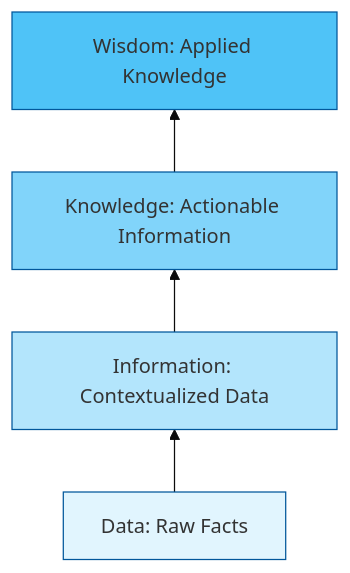
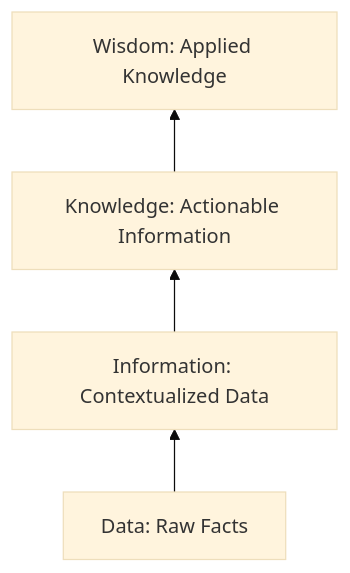
The first of 5 diagrams in notes/Chapter1_Introduction_to_DAV.md (DeepLumiere/DeepSkills), drawn with Mermaid (base theme) before and after one commit. The commit also changed other lines of this file and 4 other files, not shown here.

Commit message:
Fix LaTeX rendering, standardize Mermaid diagrams, and expand exam review in DAV notes

````diff
--- a/notes/Chapter1_Introduction_to_DAV.md
+++ b/notes/Chapter1_Introduction_to_DAV.md
@@ -95,11 +95,6 @@
 ```mermaid
 graph BT
     A["Data: Raw Facts"] --> B["Information: Contextualized Data"]
     B --> C["Knowledge: Actionable Information"]
     C --> D["Wisdom: Applied Knowledge"]
-    
-    style A fill:#e1f5fe,stroke:#01579b
-    style B fill:#b3e5fc,stroke:#01579b
-    style C fill:#81d4fa,stroke:#01579b
-    style D fill:#4fc3f7,stroke:#01579b
 ```
````
